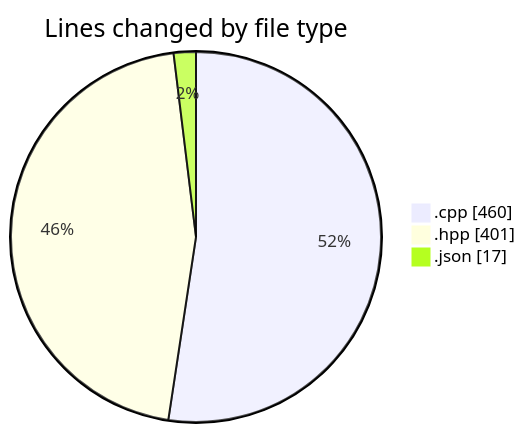
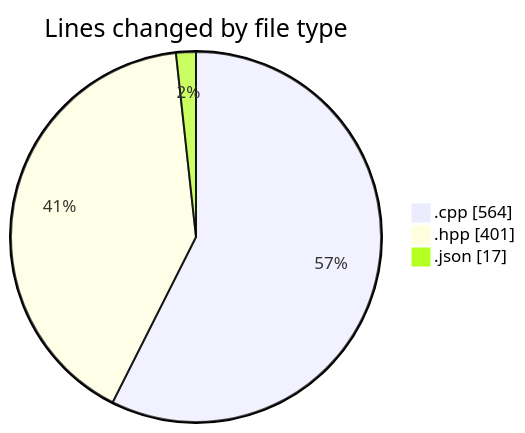
The first of 2 diagrams in 2025-05-08/date/README.md (Netris89/code-tracking), drawn with Mermaid before and after one commit. The commit also changed other lines of this file and 1 other file, not shown here.

````diff
--- a/2025-05-08/date/README.md
+++ b/2025-05-08/date/README.md
@@ -28,7 +28,7 @@
 ```mermaid
 pie showData
 title Lines changed by file type
-".cpp" : 460
+".cpp" : 564
 ".hpp" : 401
 ".json" : 17
 ```
````
